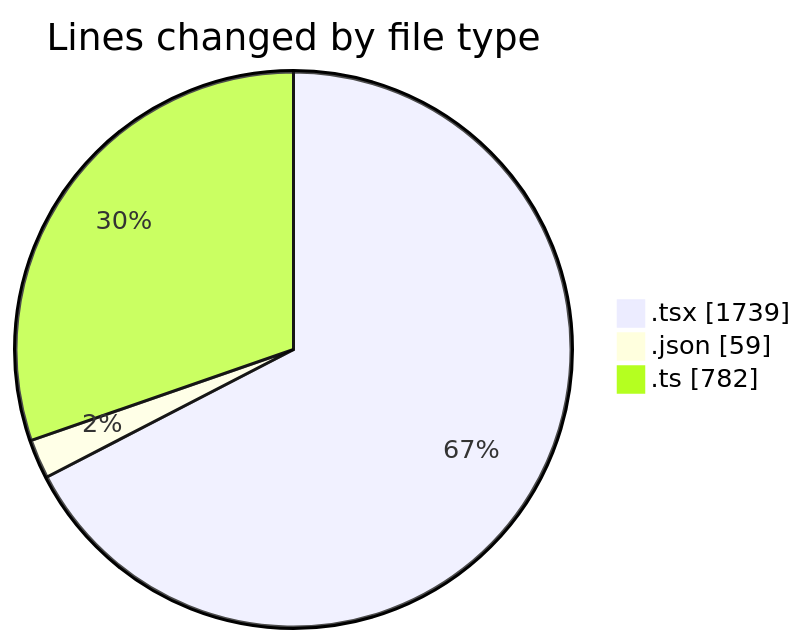
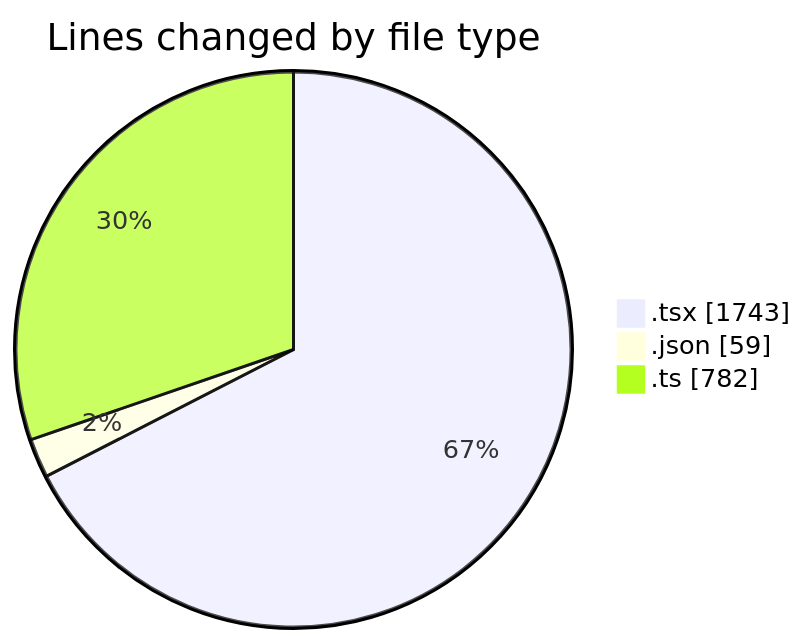
The first of 2 diagrams in 2025-11-24/cda/README.md (momahboobian/code-tracking), drawn with Mermaid before and after one commit. The commit also changed other lines of this file and 1 other file, not shown here.

````diff
--- a/2025-11-24/cda/README.md
+++ b/2025-11-24/cda/README.md
@@ -30,7 +30,7 @@
 ```mermaid
 pie showData
 title Lines changed by file type
-".tsx" : 1739
+".tsx" : 1743
 ".json" : 59
 ".ts" : 782
 ```
````
